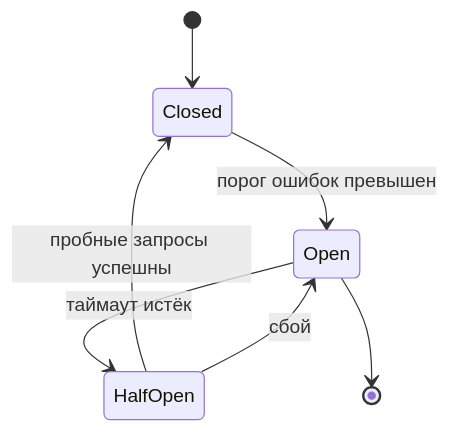
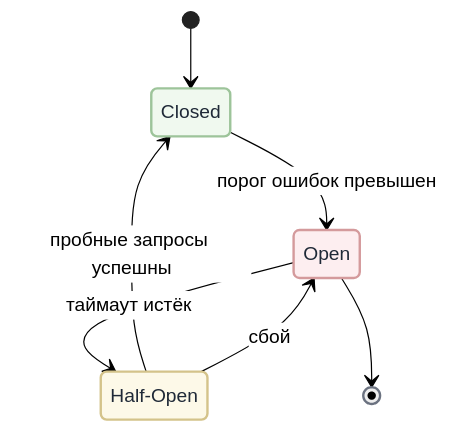
Before and after one commit to MishaSytch/middle_java_back: the diagram in docs/interview/microservices.md, drawn with Mermaid. The commit also changed other lines of this file and 15 other files, not shown here.

````diff
--- a/docs/interview/microservices.md
+++ b/docs/interview/microservices.md
@@ -37,9 +37,19 @@
 ```mermaid
+%%{init: { 'theme': 'neutral', 'themeVariables': { 'primaryColor': '#ffffff', 'primaryTextColor': '#1f2937', 'lineColor': '#6b7280', 'primaryBorderColor': '#d1d5db', 'secondaryColor': '#f3f4f6', 'tertiaryColor': '#e5e7eb' } } }%%
 stateDiagram-v2
     [*] --> Closed
     Closed --> Open: порог ошибок превышен
     Open --> HalfOpen: таймаут истёк
     HalfOpen --> Closed: пробные запросы успешны
     HalfOpen --> Open: сбой
     Open --> [*]
+    classDef s0 fill:#f0f9ef,stroke:#9dc49a,stroke-width:2px,color:#1f2937
+    classDef s1 fill:#fdeef0,stroke:#d49a9c,stroke-width:2px,color:#1f2937
+    classDef s2 fill:#fdf9e8,stroke:#d4c38a,stroke-width:2px,color:#1f2937
+    state "Closed" as Closed
+    state "Open" as Open
+    state "Half-Open" as HalfOpen
+    class Closed s0
+    class Open s1
+    class HalfOpen s2
 ```
````
